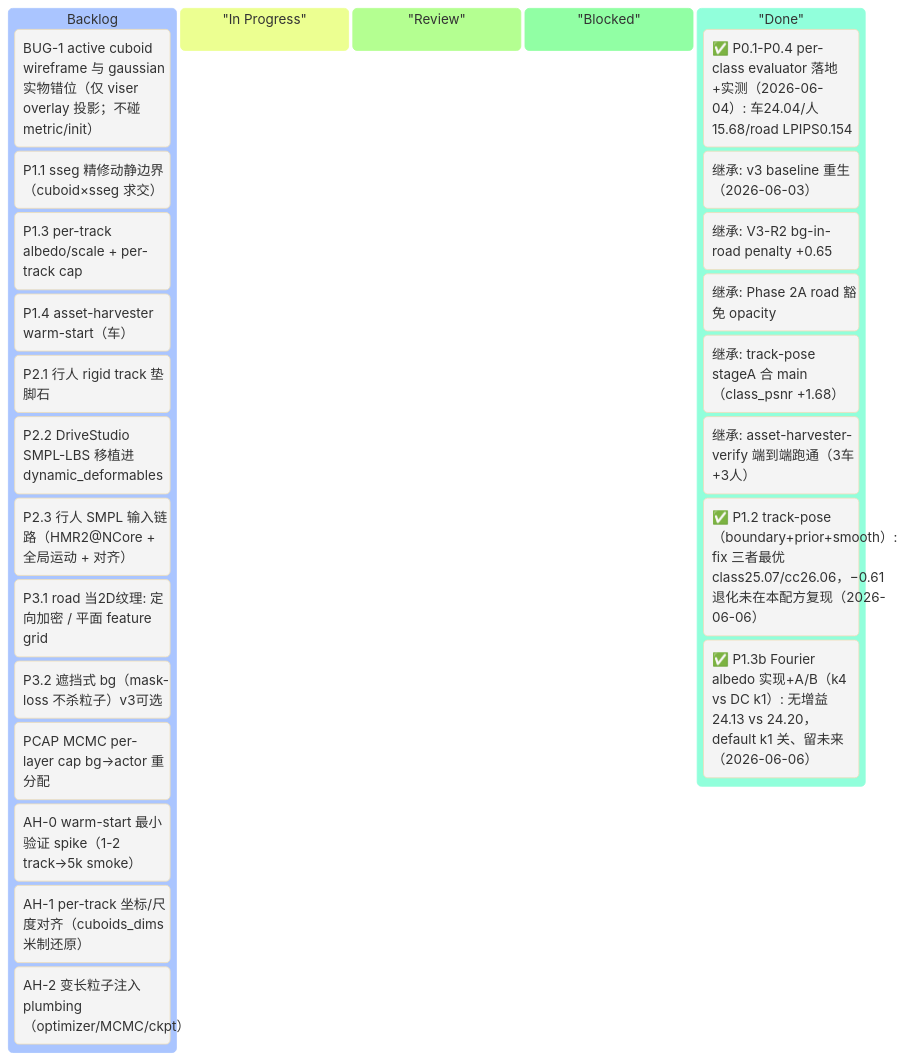
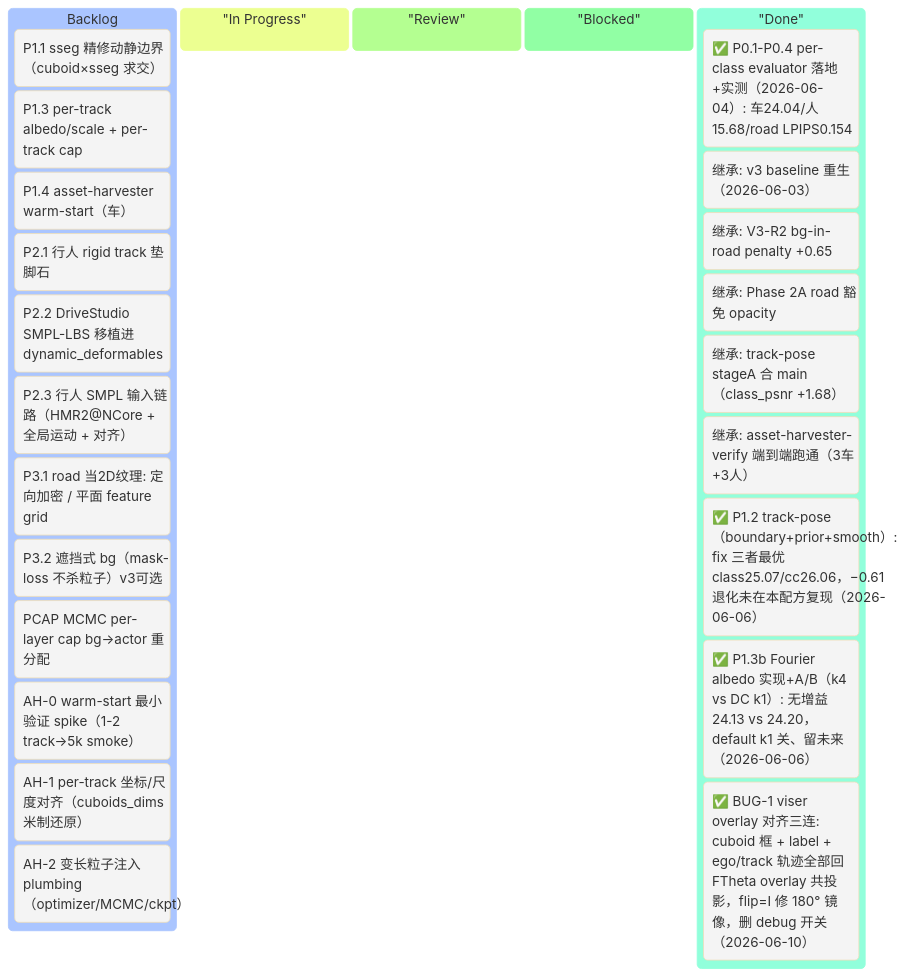
The first of 2 diagrams in v3_plan_revised.md (etendue/3dgrut), drawn with Mermaid before and after one commit. The commit also changed other lines of this file and 8 other files, not shown here.

First line of the commit message:
fix(BUG-1/1b/1c): viser 4D viewer overlay 对齐三连 — flip=I 修 180° 镜像，cuboid/label/轨迹全部回 FTheta 共投影 (#23)

````diff
--- a/v3_plan_revised.md
+++ b/v3_plan_revised.md
@@ -67,34 +67,34 @@
 ```mermaid
 %%{init: {'theme':'base'}}%%
 kanban
     Backlog
-        [BUG-1 active cuboid wireframe 与 gaussian 实物错位（仅 viser overlay 投影；不碰 metric/init）]
         [P1.1 sseg 精修动静边界（cuboid×sseg 求交）]
         [P1.3 per-track albedo/scale + per-track cap]
         [P1.4 asset-harvester warm-start（车）]
         [P2.1 行人 rigid track 垫脚石]
         [P2.2 DriveStudio SMPL-LBS 移植进 dynamic_deformables]
         [P2.3 行人 SMPL 输入链路（HMR2@NCore + 全局运动 + 对齐）]
         [P3.1 road 当2D纹理: 定向加密 / 平面 feature grid]
         [P3.2 遮挡式 bg（mask-loss 不杀粒子）v3可选]
         [PCAP MCMC per-layer cap bg→actor 重分配]
         [AH-0 warm-start 最小验证 spike（1-2 track→5k smoke）]
         [AH-1 per-track 坐标/尺度对齐（cuboids_dims 米制还原）]
         [AH-2 变长粒子注入 plumbing（optimizer/MCMC/ckpt）]
 
     "In Progress"
 
     "Review"
 
     "Blocked"
 
     "Done"
         [✅ P0.1-P0.4 per-class evaluator 落地+实测（2026-06-04）: 车24.04/人15.68/road LPIPS0.154]
         [继承: v3 baseline 重生（2026-06-03）]
         [继承: V3-R2 bg-in-road penalty +0.65]
         [继承: Phase 2A road 豁免 opacity]
         [继承: track-pose stageA 合 main（class_psnr +1.68）]
         [继承: asset-harvester-verify 端到端跑通（3车+3人）]
         [✅ P1.2 track-pose（boundary+prior+smooth）: fix 三者最优 class25.07/cc26.06，−0.61 退化未在本配方复现（2026-06-06）]
         [✅ P1.3b Fourier albedo 实现+A/B（k4 vs DC k1）: 无增益 24.13 vs 24.20，default k1 关、留未来（2026-06-06）]
+        [✅ BUG-1 viser overlay 对齐三连: cuboid 框 + label + ego/track 轨迹全部回 FTheta overlay 共投影，flip=I 修 180° 镜像，删 debug 开关（2026-06-10）]
 ```
````
